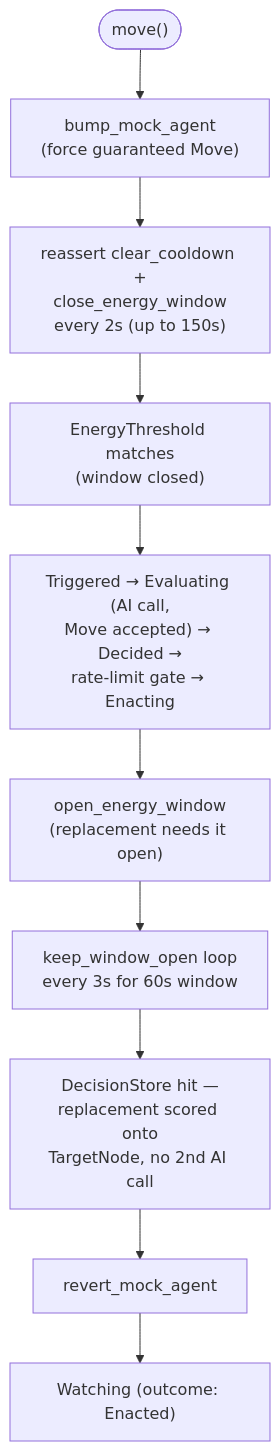
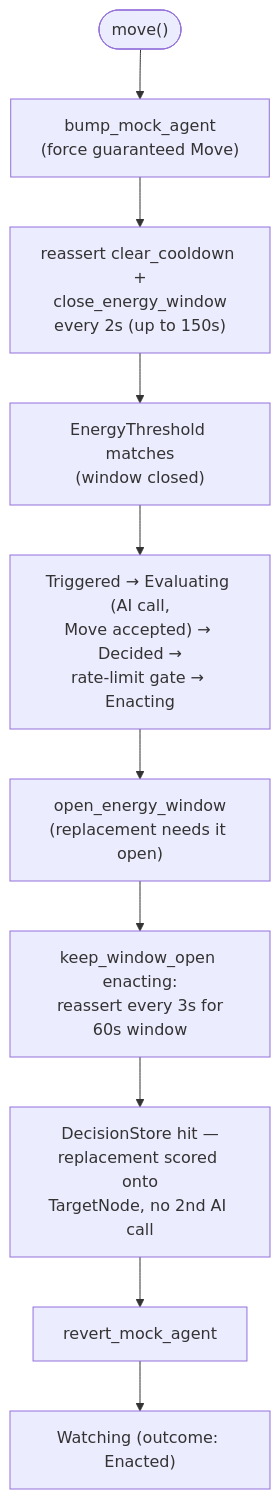
One commit to HIRO-MicroDataCenters-BV/hiro-adaptive-orchestrator changed diagram 28 of 31 in internal/rebalance/README.md. Above: the diagram before and after it, drawn with Mermaid. The commit also changed other lines of this file and 8 other files, not shown here.

````diff
--- a/internal/rebalance/README.md
+++ b/internal/rebalance/README.md
@@ -1133,12 +1146,12 @@
 ```mermaid
 flowchart TD
     Start(["move()"]) --> Bump["bump_mock_agent<br/>(force guaranteed Move)"]
     Bump --> CloseLoop["reassert clear_cooldown +<br/>close_energy_window<br/>every 2s (up to 150s)"]
     CloseLoop --> Trigger["EnergyThreshold matches<br/>(window closed)"]
     Trigger --> Cycle1["Triggered → Evaluating (AI call,<br/>Move accepted) → Decided →<br/>rate-limit gate → Enacting"]
     Cycle1 --> Open["open_energy_window<br/>(replacement needs it open)"]
-    Open --> KeepOpen["keep_window_open loop<br/>every 3s for 60s window"]
+    Open --> KeepOpen["keep_window_open enacting:<br/>reassert every 3s for<br/>60s window"]
     KeepOpen --> Store["DecisionStore hit —<br/>replacement scored onto<br/>TargetNode, no 2nd AI call"]
     Store --> Revert["revert_mock_agent"]
     Revert --> Cycle2["Watching (outcome: Enacted)"]
 ```
````
